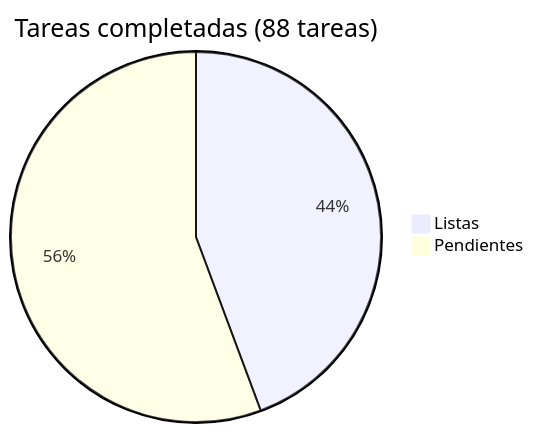
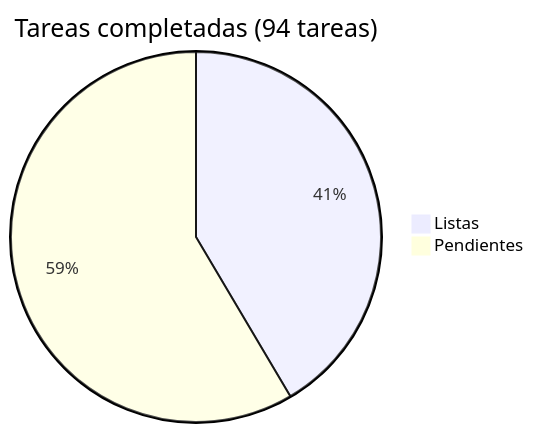
The diagram in docs/roadmap/README.md (adelgadox/centroacopiove), drawn with Mermaid before and after one commit. The commit also changed other lines of this file and 1 other file, not shown here.

Commit message:
docs: add requests/messaging module to Phase 5 roadmap

````diff
--- a/docs/roadmap/README.md
+++ b/docs/roadmap/README.md
@@ -5,5 +5,5 @@
 ```mermaid
-pie title Tareas completadas (88 tareas)
+pie title Tareas completadas (94 tareas)
     "Listas" : 39
-    "Pendientes" : 49
+    "Pendientes" : 55
 ```
````
